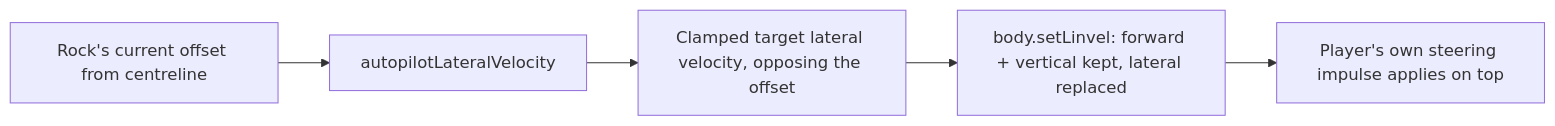
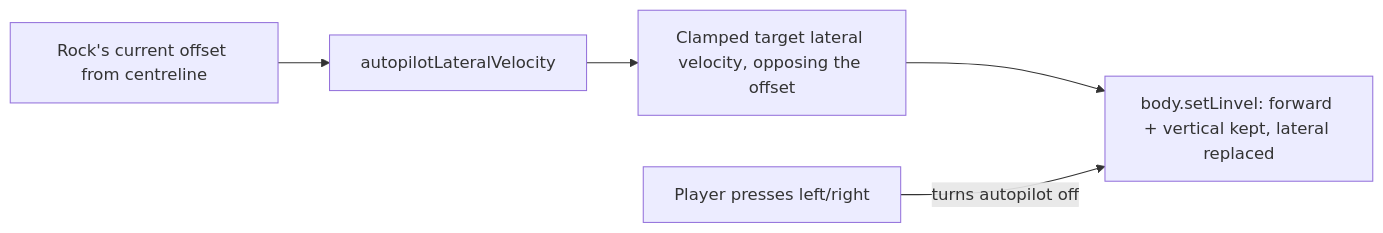
One commit to cnotv/generative-art changed the diagram in documentation/docs/journey/rock-runner-self-driving-centering.md. Above: the diagram before and after it, drawn with Mermaid. The commit also changed other lines of this file and 2 other files, not shown here.

First line of the commit message:
feat: default self driving on, hand control back when the player steers (#227)

````diff
--- a/documentation/docs/journey/rock-runner-self-driving-centering.md
+++ b/documentation/docs/journey/rock-runner-self-driving-centering.md
@@ -29,7 +29,7 @@
 ```mermaid
 flowchart LR
     A[Rock's current offset from centreline] --> B[autopilotLateralVelocity]
     B --> C["Clamped target lateral velocity, opposing the offset"]
     C --> D["body.setLinvel: forward + vertical kept, lateral replaced"]
-    D --> E[Player's own steering impulse applies on top]
+    E[Player presses left/right] -->|turns autopilot off| D
 ```
````
